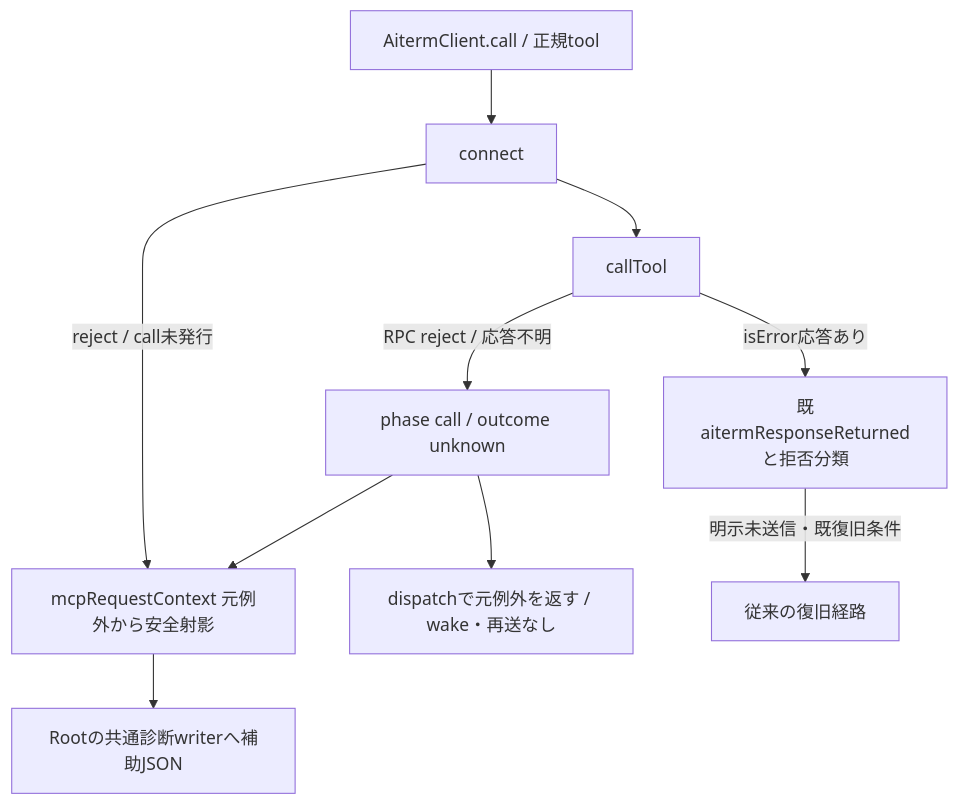
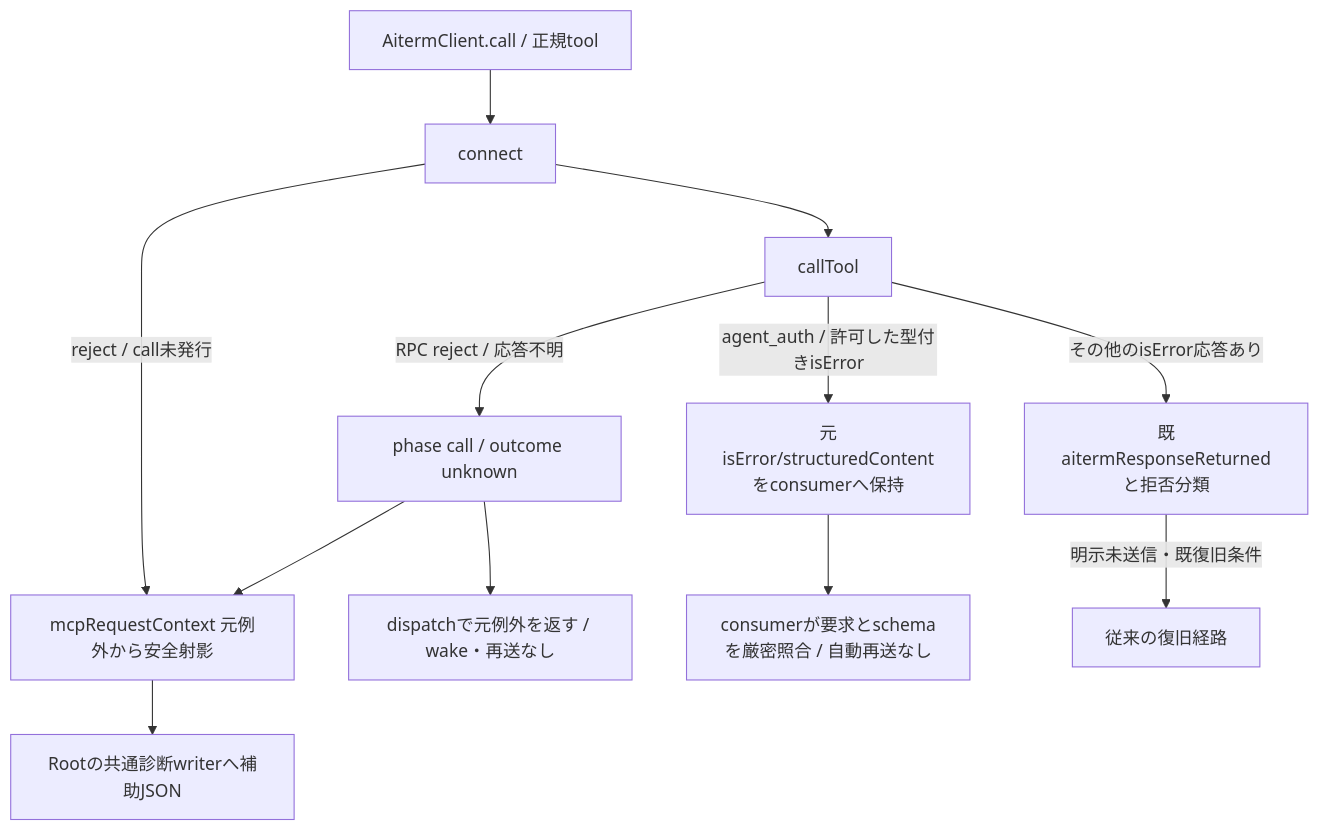
Before and after one commit to kitepon/BellTeam: the fourth of 4 diagrams in docs/architecture/modules/execution/wait-contract.md, drawn with Mermaid. The commit also changed other lines of this file and 2 other files, not shown here.

````diff
--- a/docs/architecture/modules/execution/wait-contract.md
+++ b/docs/architecture/modules/execution/wait-contract.md
@@ -84,12 +84,14 @@
 ```mermaid
 flowchart TD
   Request["AitermClient.call / 正規tool"] --> Connect["connect"]
   Connect -->|"reject / call未発行"| Context["mcpRequestContext 元例外から安全射影"]
   Connect --> Call["callTool"]
   Call -->|"RPC reject / 応答不明"| Unknown["phase call / outcome unknown"]
   Unknown --> Context
   Unknown --> Preserve["dispatchで元例外を返す / wake・再送なし"]
-  Call -->|"isError応答あり"| Returned["既aitermResponseReturnedと拒否分類"]
+  Call -->|"agent_auth / 許可した型付きisError"| Auth["元isError/structuredContentをconsumerへ保持"]
+  Auth --> Strict["consumerが要求とschemaを厳密照合 / 自動再送なし"]
+  Call -->|"その他のisError応答あり"| Returned["既aitermResponseReturnedと拒否分類"]
   Returned -->|"明示未送信・既復旧条件"| Recovery["従来の復旧経路"]
   Context --> Diagnostics["Rootの共通診断writerへ補助JSON"]
 ```
````
